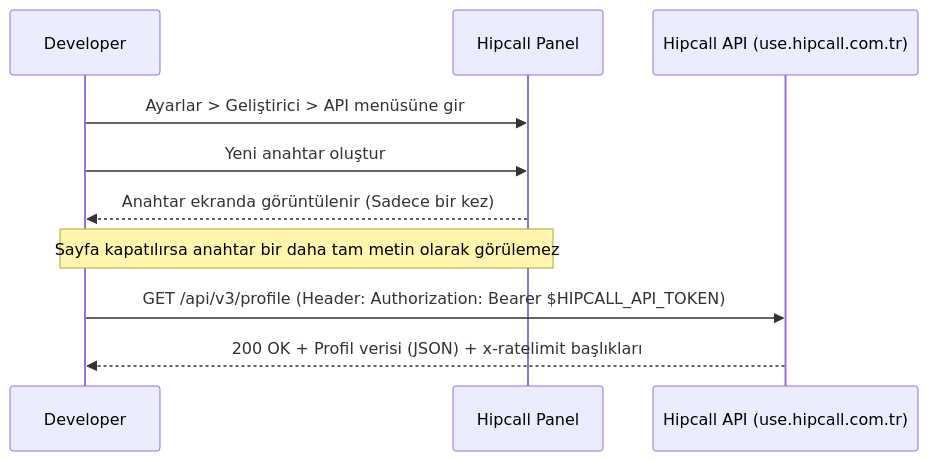
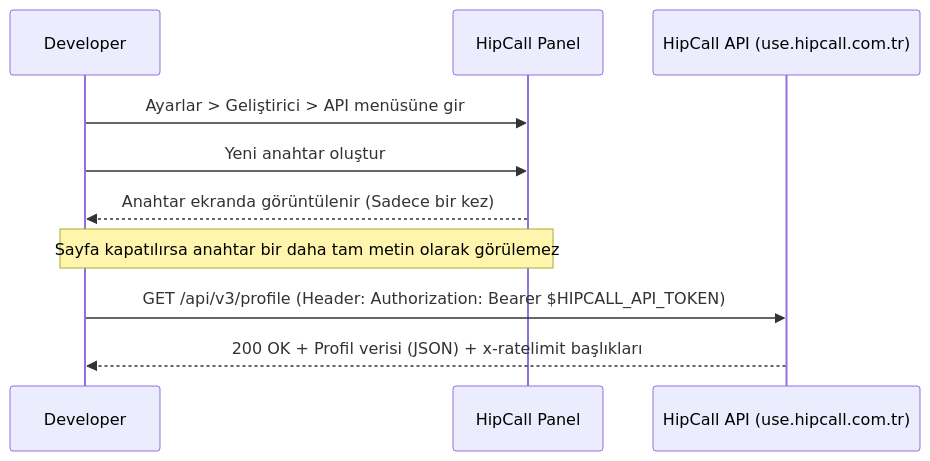
Before and after one commit to hipcall/2026-internship: the diagram in submissions/01-api-anahtari.md, drawn with Mermaid. The commit also changed other lines of this file and 2 other files, not shown here.

Commit message:
fix(gorev-01): HipCall marka ismi yazimi duzeltildi

````diff
--- a/submissions/01-api-anahtari.md
+++ b/submissions/01-api-anahtari.md
@@ -127,13 +127,13 @@
 ```mermaid
 sequenceDiagram
     participant D as Developer
-    participant P as Hipcall Panel
-    participant A as Hipcall API (use.hipcall.com.tr)
+    participant P as HipCall Panel
+    participant A as HipCall API (use.hipcall.com.tr)
     
     D->>P: Ayarlar > Geliştirici > API menüsüne gir
     D->>P: Yeni anahtar oluştur
     P-->>D: Anahtar ekranda görüntülenir (Sadece bir kez)
     Note over D,P: Sayfa kapatılırsa anahtar bir daha tam metin olarak görülemez
     D->>A: GET /api/v3/profile (Header: Authorization: Bearer $HIPCALL_API_TOKEN)
     A-->>D: 200 OK + Profil verisi (JSON) + x-ratelimit başlıkları
 ```
````
